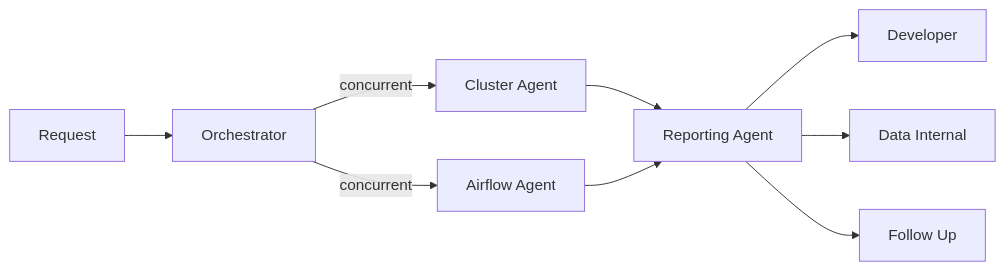
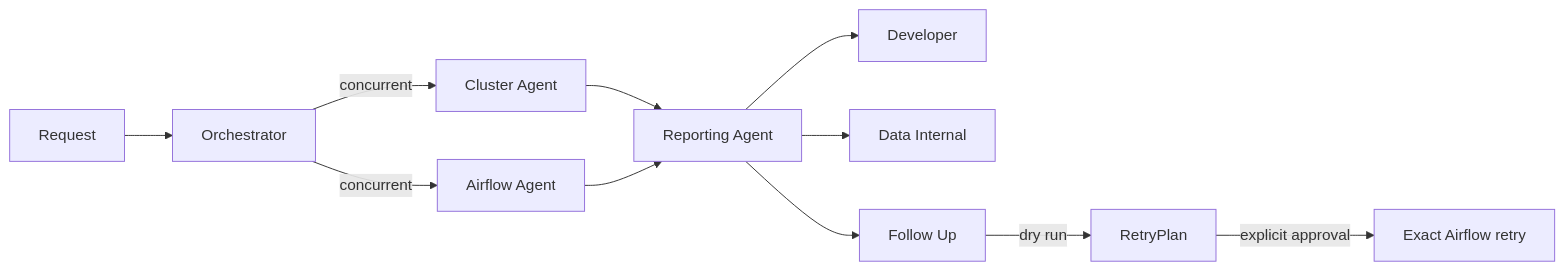
One commit to jeisenman/q2_bench changed the diagram in src/workspaces/data_engineering/agents/prod_support/AGENTS.md. Above: the diagram before and after it, drawn with Mermaid. The commit also changed other lines of this file and 105 other files, not shown here.

````diff
--- a/src/workspaces/data_engineering/agents/prod_support/AGENTS.md
+++ b/src/workspaces/data_engineering/agents/prod_support/AGENTS.md
@@ -48,11 +67,13 @@
 ```mermaid
 flowchart LR
     Request --> Orchestrator
     Orchestrator -->|concurrent| Cluster[Cluster Agent]
     Orchestrator -->|concurrent| Airflow[Airflow Agent]
     Cluster --> Reporting[Reporting Agent]
     Airflow --> Reporting
     Reporting --> Developer
     Reporting --> DataInternal[Data Internal]
     Reporting --> FollowUp[Follow Up]
+    FollowUp -->|dry run| RetryPlan
+    RetryPlan -->|explicit approval| AirflowRetry[Exact Airflow retry]
 ```
````
